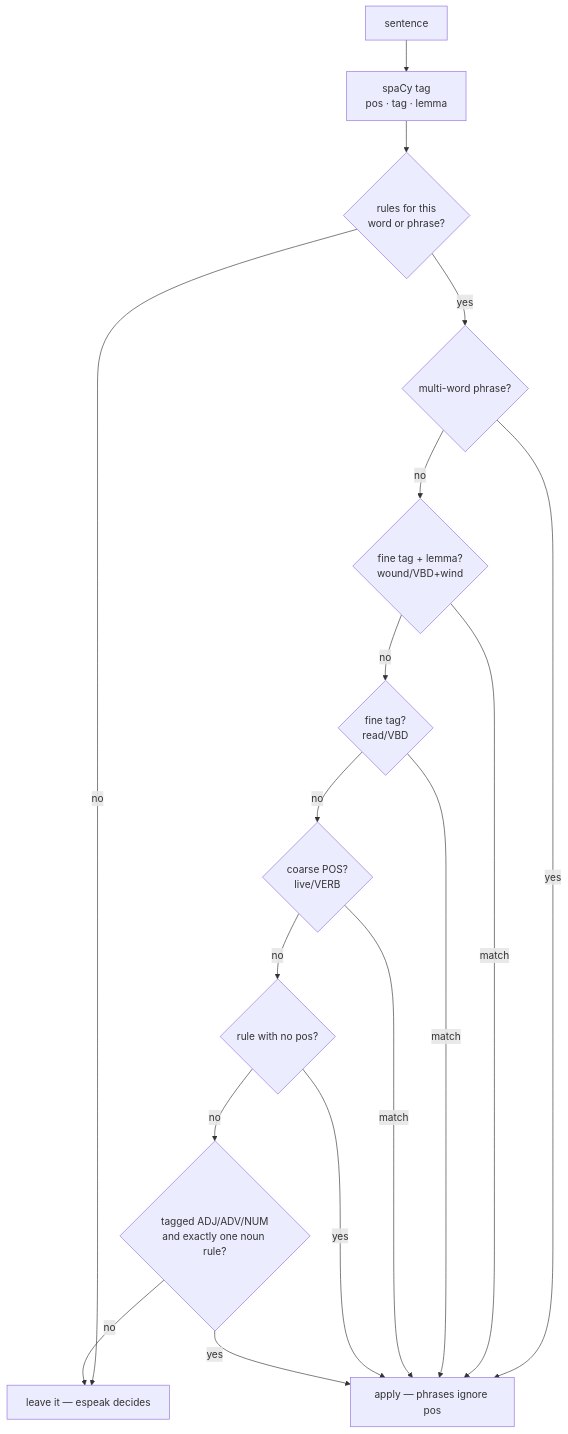
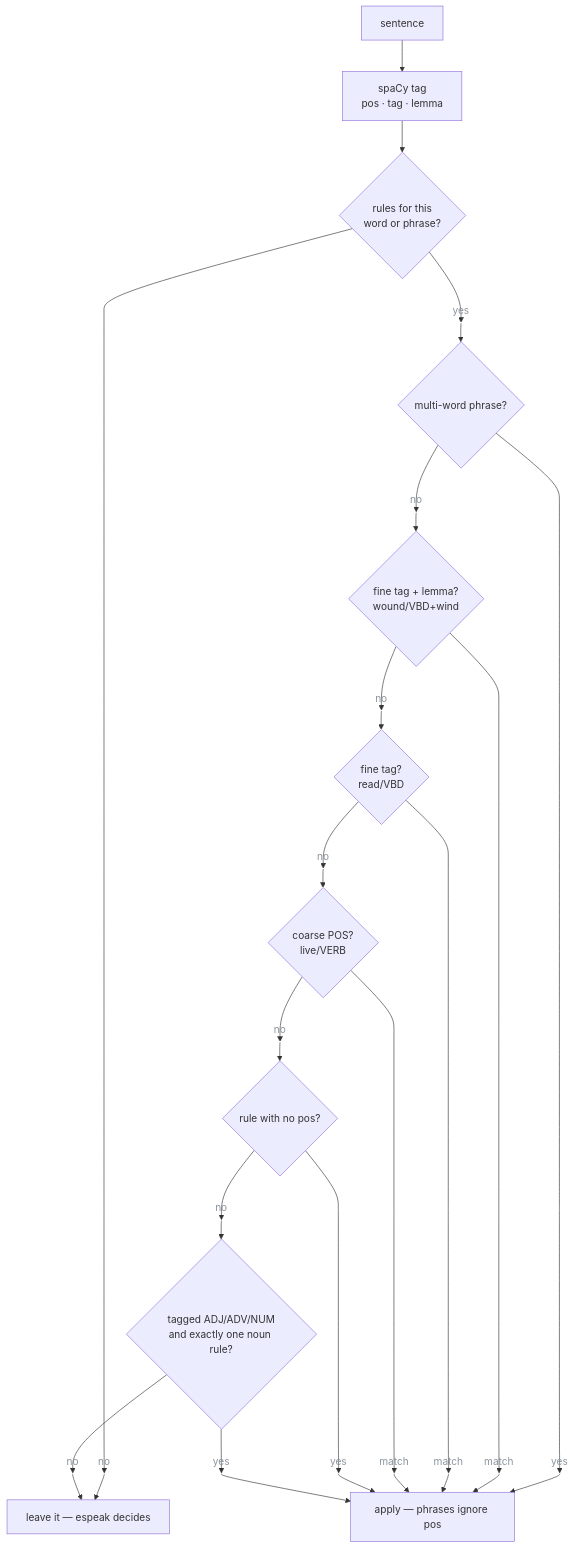
The diagram in docs/DESIGN.md (jrobrien/webnovel-audio), drawn with Mermaid before and after one commit. The commit also changed 2 other files, not shown here.

Commit message:
docs: draw the mermaid diagrams without edge labels
GitHub rendered the README's pipeline diagram as "Could not find a suitable
point for the given distance". Mermaid positions an edge label from the edge's
measured path, which fails (reproduced on mermaid 10.9 through 11.12) when the
diagram is rendered where nothing can be measured. Unlabelled edges draw fine,
so the README's loop label becomes a node and the redundant duplicate edge goes,
and DESIGN.md's 14 yes/no/match labels become small unboxed text nodes.

tests/test_docs.py fails if a mermaid diagram gains a labelled edge again.

````diff
--- a/docs/DESIGN.md
+++ b/docs/DESIGN.md
@@ -282,19 +282,21 @@
 ```mermaid
 flowchart TD
     T["sentence"] --> N["spaCy tag<br/>pos · tag · lemma"]
     N --> M{"rules for this<br/>word or phrase?"}
-    M -->|no| K["leave it — espeak decides"]
-    M -->|yes| S1{"multi-word phrase?"}
-    S1 -->|yes| A["apply — phrases ignore pos"]
-    S1 -->|no| S2{"fine tag + lemma?<br/>wound/VBD+wind"}
-    S2 -->|match| A
-    S2 -->|no| S3{"fine tag?<br/>read/VBD"}
-    S3 -->|match| A
-    S3 -->|no| S4{"coarse POS?<br/>live/VERB"}
-    S4 -->|match| A
-    S4 -->|no| S5{"rule with no pos?"}
-    S5 -->|yes| A
-    S5 -->|no| S6{"tagged ADJ/ADV/NUM<br/>and exactly one noun rule?"}
-    S6 -->|yes| A
-    S6 -->|no| K
+    M --> e1(["no"]) --> K["leave it — espeak decides"]
+    M --> e2(["yes"]) --> S1{"multi-word phrase?"}
+    S1 --> e3(["yes"]) --> A["apply — phrases ignore pos"]
+    S1 --> e4(["no"]) --> S2{"fine tag + lemma?<br/>wound/VBD+wind"}
+    S2 --> e5(["match"]) --> A
+    S2 --> e6(["no"]) --> S3{"fine tag?<br/>read/VBD"}
+    S3 --> e7(["match"]) --> A
+    S3 --> e8(["no"]) --> S4{"coarse POS?<br/>live/VERB"}
+    S4 --> e9(["match"]) --> A
+    S4 --> e10(["no"]) --> S5{"rule with no pos?"}
+    S5 --> e11(["yes"]) --> A
+    S5 --> e12(["no"]) --> S6{"tagged ADJ/ADV/NUM<br/>and exactly one noun rule?"}
+    S6 --> e13(["yes"]) --> A
+    S6 --> e14(["no"]) --> K
+    classDef lbl fill:none,stroke:none,color:#8b949e
+    class e1,e2,e3,e4,e5,e6,e7,e8,e9,e10,e11,e12,e13,e14 lbl
 ```
````
